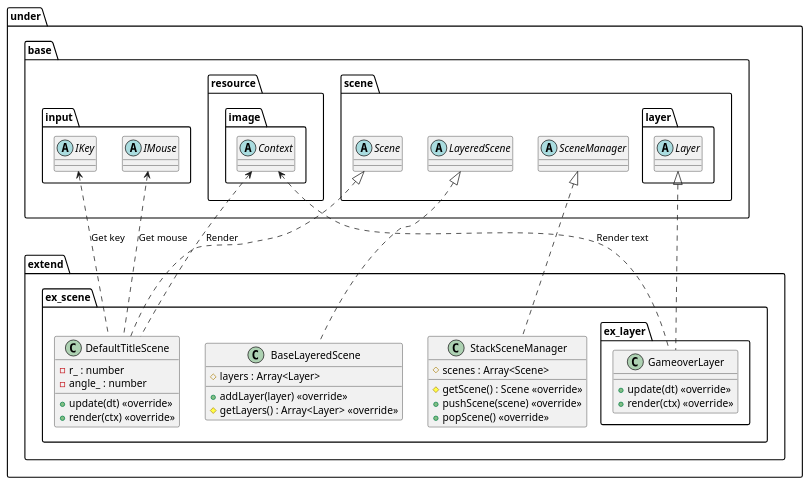
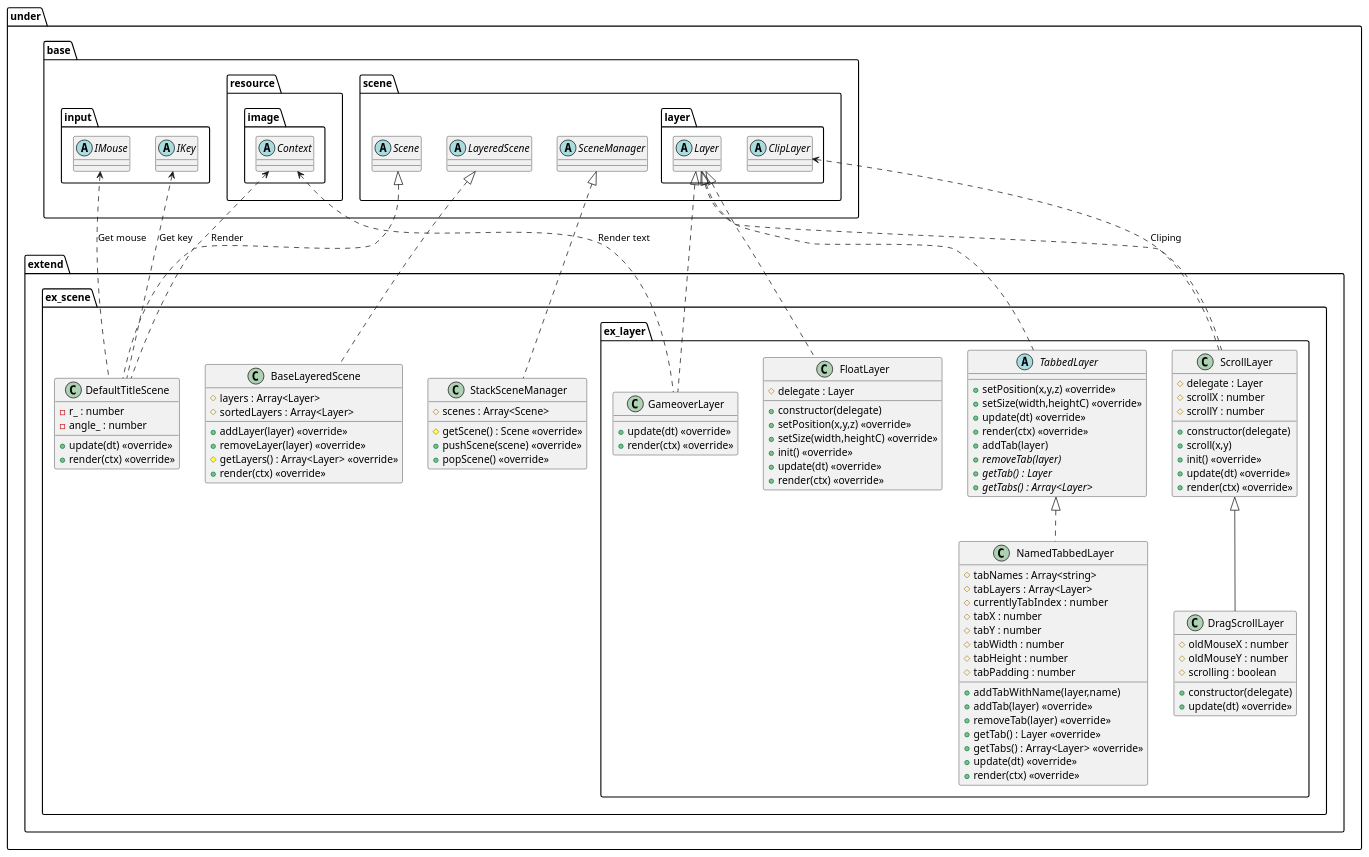
The diagram in uml/scene/Extend.wsd (Expine/Under), drawn with PlantUML before and after one commit. The commit also changed 55 other files, not shown here.

Commit message:
Add some layer and clip image so that fix editor scene and layer

```diff
--- a/uml/scene/Extend.wsd
+++ b/uml/scene/Extend.wsd
@@ -1,66 +1,131 @@
 @startuml SceneExtend
 
 package under {
     package extend {
         package ex_scene {
             class StackSceneManager {
                 #scenes : Array<Scene>
                 #getScene() : Scene <<override>>
                 +pushScene(scene) <<override>>
                 +popScene() <<override>>
             }
             class BaseLayeredScene {
                 #layers : Array<Layer>
+                #sortedLayers : Array<Layer>
                 +addLayer(layer) <<override>>
+                +removeLayer(layer) <<override>>
                 #getLayers() : Array<Layer> <<override>>
+                +render(ctx) <<override>>
             }
             class DefaultTitleScene {
                 -r_ : number
                 -angle_ : number
                 +update(dt) <<override>>
                 +render(ctx) <<override>>
             }
 
             package ex_layer {
                 class GameoverLayer {
+                    +update(dt) <<override>>
+                    +render(ctx) <<override>>
+                }
+                class FloatLayer {
+                    +constructor(delegate)
+                    #delegate : Layer
+                    +setPosition(x,y,z) <<override>>
+                    +setSize(width,heightC) <<override>>
+                    +init() <<override>>
+                    +update(dt) <<override>>
+                    +render(ctx) <<override>>
+                }
+                class ScrollLayer {
+                    +constructor(delegate)
+                    #delegate : Layer
+                    #scrollX : number
+                    #scrollY : number
+                    +scroll(x,y)
+                    +init() <<override>>
+                    +update(dt) <<override>>
+                    +render(ctx) <<override>>
+                }
+                class DragScrollLayer {
+                    +constructor(delegate)
+                    #oldMouseX : number
+                    #oldMouseY : number
+                    #scrolling : boolean
+                    +update(dt) <<override>>
+                }
+                abstract TabbedLayer {
+                    +setPosition(x,y,z) <<override>>
+                    +setSize(width,heightC) <<override>>
+                    +update(dt) <<override>>
+                    +render(ctx) <<override>>
+                    +addTab(layer)
+                    {abstract} +removeTab(layer)
+                    {abstract} +getTab() : Layer
+                    {abstract} +getTabs() : Array<Layer>
+                }
+                class NamedTabbedLayer {
+                    #tabNames : Array<string>
+                    #tabLayers : Array<Layer>
+                    #currentlyTabIndex : number
+                    #tabX : number
+                    #tabY : number
+                    #tabWidth : number
+                    #tabHeight : number
+                    #tabPadding : number
+                    +addTabWithName(layer,name)
+                    +addTab(layer) <<override>>
+                    +removeTab(layer) <<override>>
+                    +getTab() : Layer <<override>>
+                    +getTabs() : Array<Layer> <<override>>
                     +update(dt) <<override>>
                     +render(ctx) <<override>>
                 }
             }
         }
     }
 }
 
 package under {
     package base {
         package input {
             abstract IKey
             abstract IMouse
         }
         package resource {
             package image {
                 abstract Context
             }
         }
         package scene {
             abstract Scene
             abstract LayeredScene
             abstract SceneManager
             package layer {
                 abstract Layer
+                abstract ClipLayer
             }
         }
     }
 }
 
 Context <.. DefaultTitleScene : Render
 IKey <.. DefaultTitleScene : Get key
 IMouse <.. DefaultTitleScene : Get mouse
 Context <.. GameoverLayer : Render text
 
+ClipLayer <.. ScrollLayer : Cliping
+
 SceneManager <|.. StackSceneManager
 LayeredScene <|.. BaseLayeredScene
 Scene <|.. DefaultTitleScene
+
 Layer <|.. GameoverLayer
+Layer <|.. FloatLayer
+Layer <|.. ScrollLayer
+Layer <|.. TabbedLayer
+ScrollLayer <|-- DragScrollLayer
+TabbedLayer <|.. NamedTabbedLayer
 
 @enduml
```
